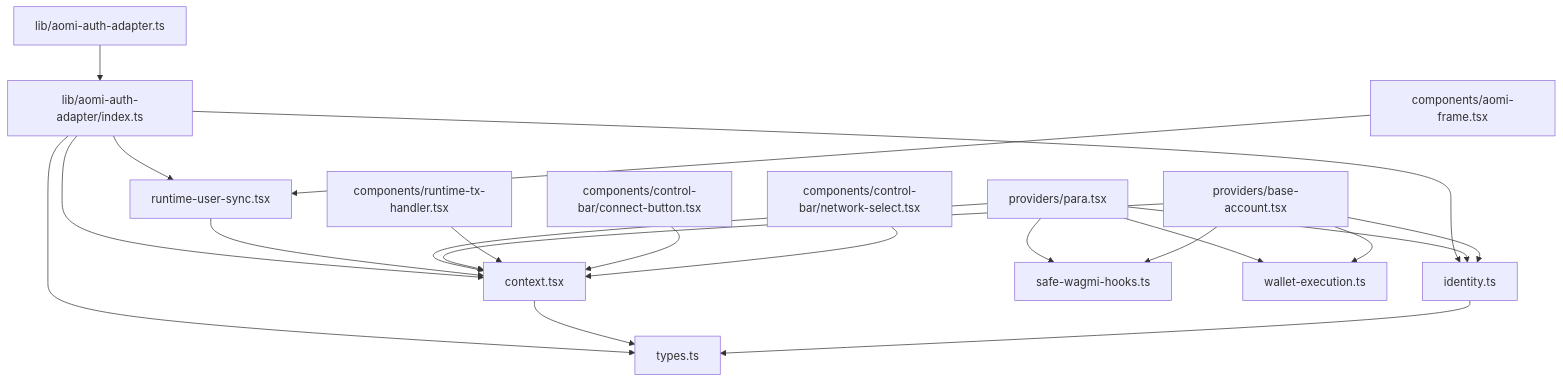
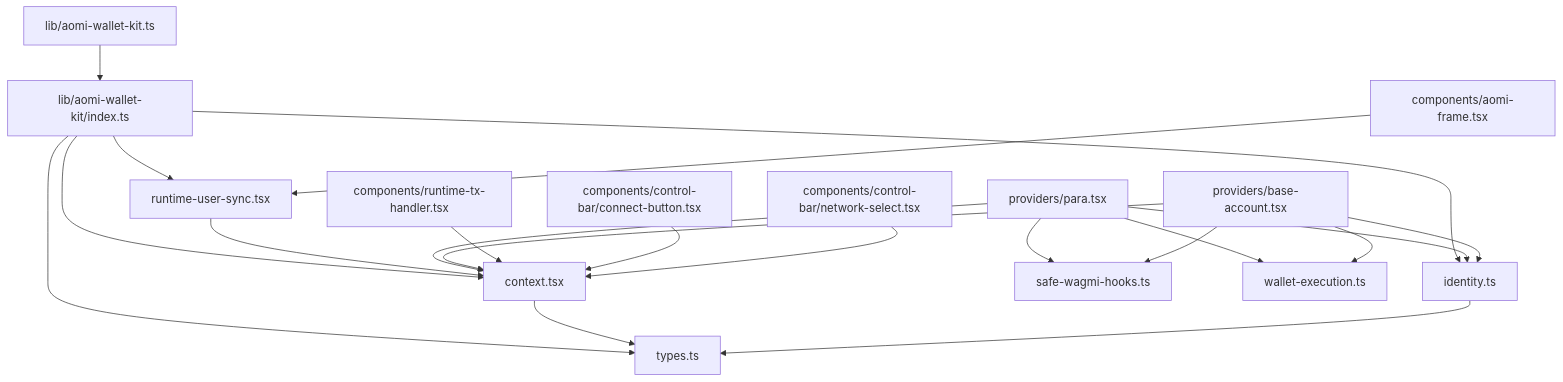
Before and after one commit to aomi-labs/aomi-widget: diagram 20 of 24 in specs/WALLET-ADAPTERS-ARCH.md, drawn with Mermaid. The commit also changed other lines of this file and 200 other files, not shown here.

````diff
--- a/specs/WALLET-ADAPTERS-ARCH.md
+++ b/specs/WALLET-ADAPTERS-ARCH.md
@@ -1033,38 +1033,38 @@
 ```mermaid
 graph TD
-  Shim["lib/aomi-auth-adapter.ts"]
-  Index["lib/aomi-auth-adapter/index.ts"]
+  Shim["lib/aomi-wallet-kit.ts"]
+  Index["lib/aomi-wallet-kit/index.ts"]
   Context["context.tsx"]
   Types["types.ts"]
   Identity["identity.ts"]
   RuntimeSync["runtime-user-sync.tsx"]
   SafeWagmi["safe-wagmi-hooks.ts"]
   WalletExec["wallet-execution.ts"]
   Para["providers/para.tsx"]
   Base["providers/base-account.tsx"]
   Frame["components/aomi-frame.tsx"]
   TxHandler["components/runtime-tx-handler.tsx"]
   Connect["components/control-bar/connect-button.tsx"]
   Network["components/control-bar/network-select.tsx"]
 
   Shim --> Index
   Index --> Context
   Index --> Types
   Index --> Identity
   Index --> RuntimeSync
   Context --> Types
   Identity --> Types
   RuntimeSync --> Context
   Para --> Context
   Para --> Identity
   Para --> SafeWagmi
   Para --> WalletExec
   Base --> Context
   Base --> Identity
   Base --> SafeWagmi
   Base --> WalletExec
   Frame --> RuntimeSync
   TxHandler --> Context
   Connect --> Context
   Network --> Context
 ```
````
